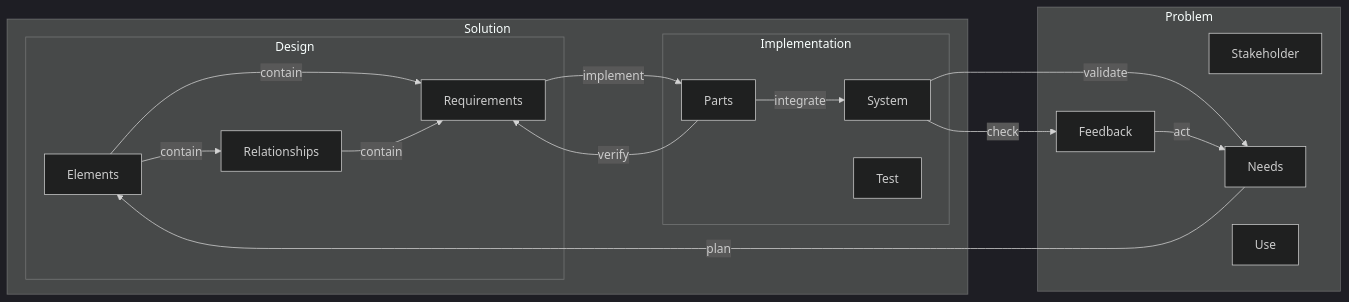
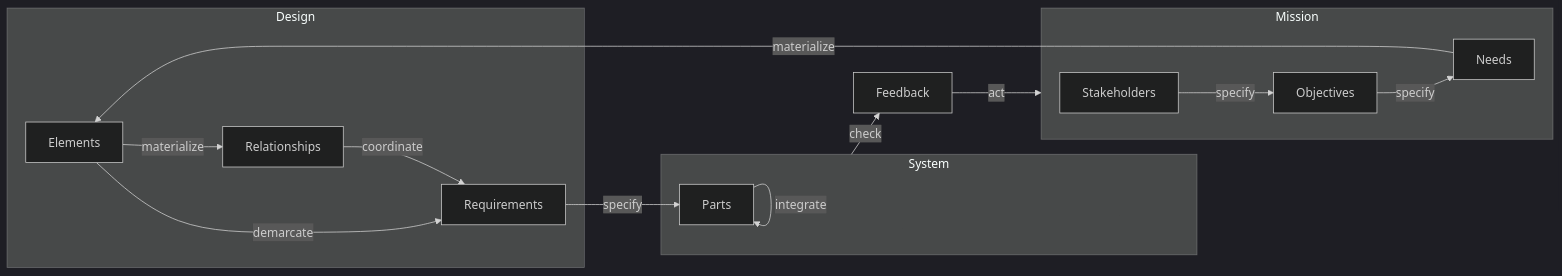
One commit to firstprinciplesthinking/paper_development_lifecycle changed the ninth of 12 diagrams in README.md. Above: the diagram before and after it, drawn with Mermaid (dark theme). The commit also changed other lines of this file, not shown here.

````diff
--- a/README.md
+++ b/README.md
@@ -249,33 +231,34 @@
 ```mermaid
    flowchart LR
-      subgraph Solution
-        subgraph Design
-            Elements
-            Relationships
-            Requirements
-         end
-         subgraph Implementation
-            Parts
-            System
-            Test
-         end
+      subgraph Design
+         Elements
+         Relationships
+         Requirements
       end
-      
-      subgraph Problem
-         Stakeholder
-         Needs
-         Use
-         Feedback
+      subgraph System
+         Parts
       end
 
-      Needs--"plan"-->Elements
-      Elements--"contain"-->Requirements
-      Elements--"contain"-->Relationships
-      Relationships--"contain"-->Requirements
-      Requirements--"implement"-->Parts
-      Parts--"integrate"-->System
-      Parts--"verify"-->Requirements
+      Feedback
+
+      subgraph Mission
+         Stakeholders
+         Objectives
+         Needs
+      end
+
       System--"check"-->Feedback
-      System--"validate"-->Needs
-      Feedback--"act"-->Needs
+      Feedback--"act"-->Mission
+
+      Parts--"integrate"-->Parts
+
+      Stakeholders--"specify"-->Objectives
+      Objectives--"specify"-->Needs
+
+      Elements--"demarcate"-->Requirements
+      Relationships--"coordinate"-->Requirements
+      Requirements--"specify"-->Parts
+
+      Needs--"materialize"-->Elements
+      Elements--"materialize"-->Relationships
 ```
````
